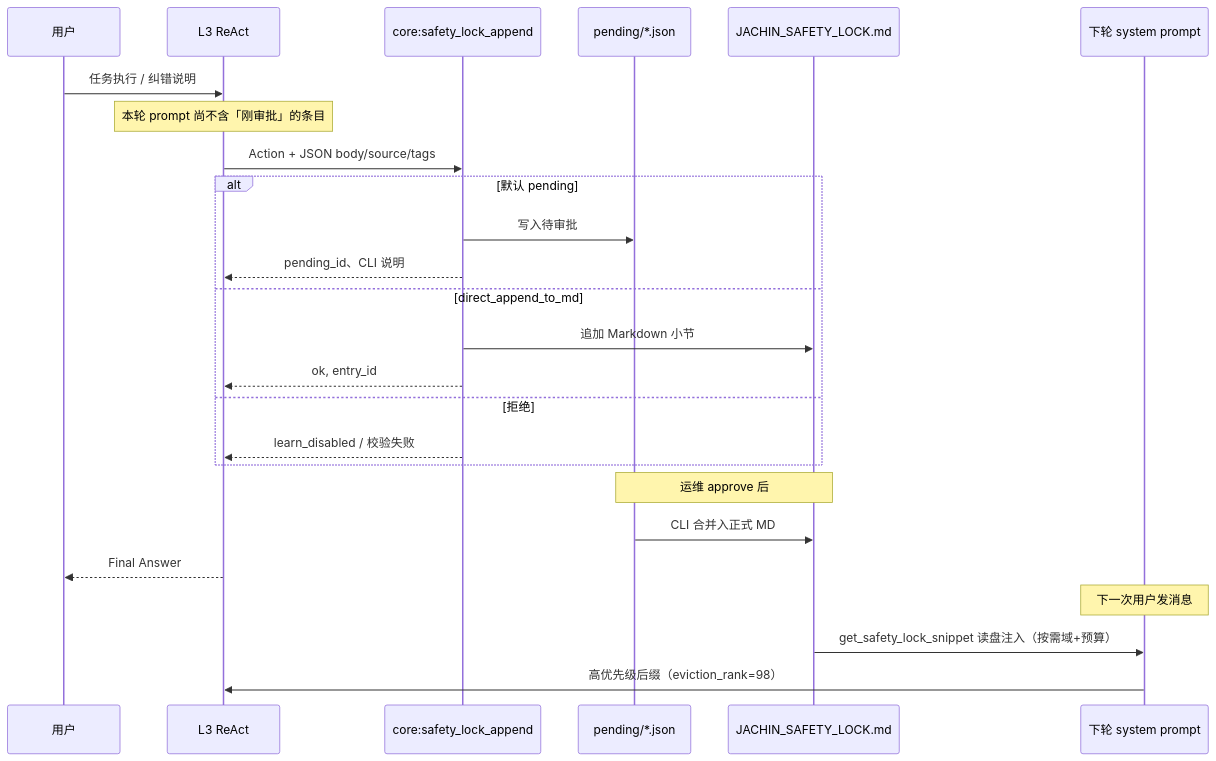
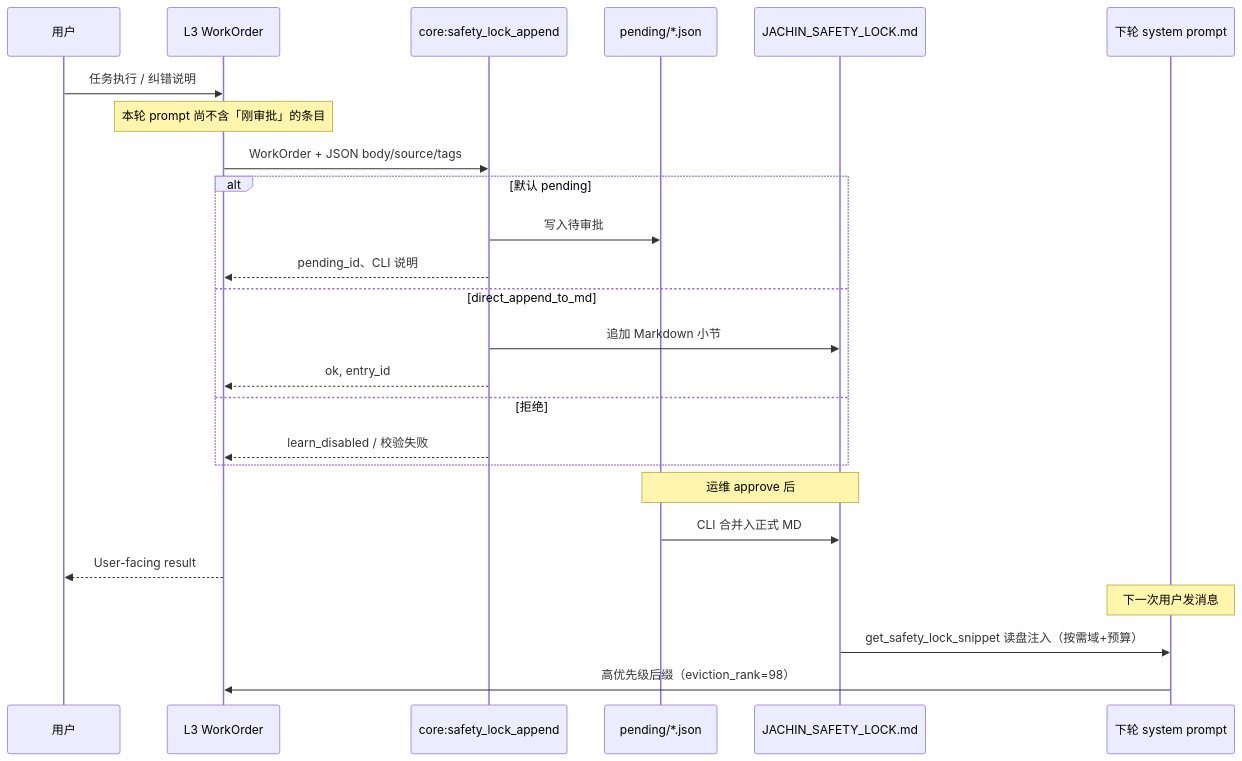
One commit to Samuel521199/jachin-system changed the third of 5 diagrams in docs/JACHIN_SAFETY_LOCK_LEARNING.md. Above: the diagram before and after it, drawn with Mermaid. The commit also changed other lines of this file and 528 other files, not shown here.

Commit message:
Release v0.9.108: hard migrate cognitive kernel architecture

````diff
--- a/docs/JACHIN_SAFETY_LOCK_LEARNING.md
+++ b/docs/JACHIN_SAFETY_LOCK_LEARNING.md
@@ -101,28 +101,28 @@
 ```mermaid
 sequenceDiagram
   participant U as 用户
-  participant L3 as L3 ReAct
+  participant L3 as L3 WorkOrder
   participant T as core:safety_lock_append
   participant Q as pending/*.json
   participant F as JACHIN_SAFETY_LOCK.md
   participant P as 下轮 system prompt
 
   U->>L3: 任务执行 / 纠错说明
   Note over L3: 本轮 prompt 尚不含「刚审批」的条目
-  L3->>T: Action + JSON body/source/tags
+  L3->>T: WorkOrder + JSON body/source/tags
   alt 默认 pending
     T->>Q: 写入待审批
     T-->>L3: pending_id、CLI 说明
   else direct_append_to_md
     T->>F: 追加 Markdown 小节
     T-->>L3: ok, entry_id
   else 拒绝
     T-->>L3: learn_disabled / 校验失败
   end
   Note over F,Q: 运维 approve 后
   Q->>F: CLI 合并入正式 MD
-  L3-->>U: Final Answer
+  L3-->>U: User-facing result
   Note over P: 下一次用户发消息
   F->>P: get_safety_lock_snippet 读盘注入（按需域+预算）
   P->>L3: 高优先级后缀（eviction_rank=98）
 ```
````
